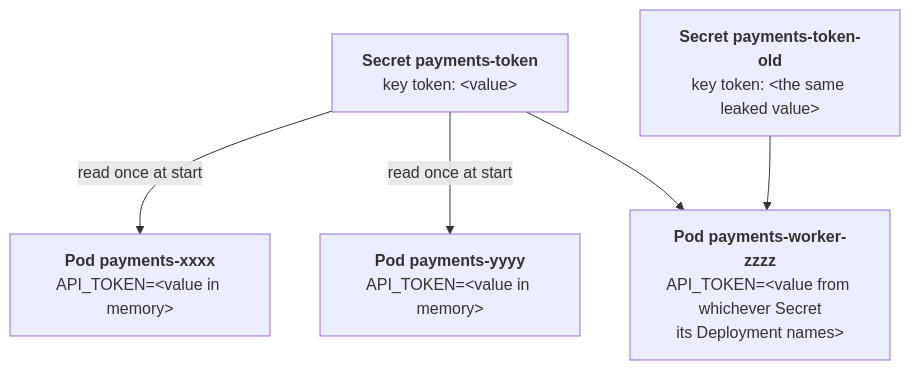
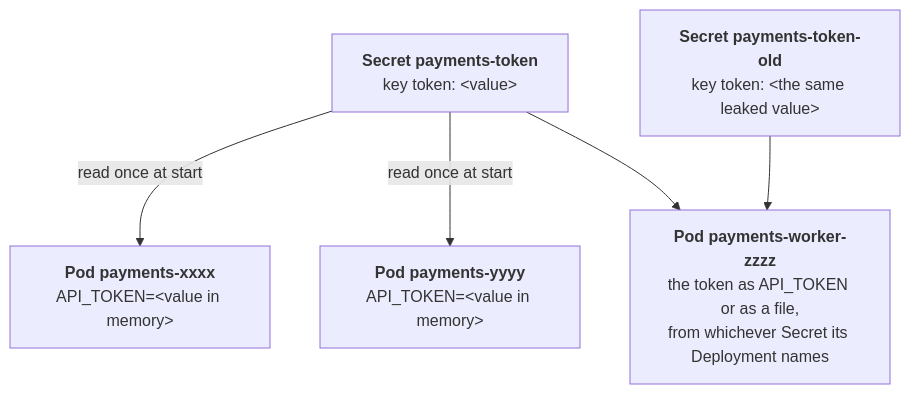
Before and after one commit to cauebraz/kubedrill: the diagram in scenarios/L0/014-rotate-plaintext-secret/story.md, drawn with Mermaid. The commit also changed other lines of this file and 155 other files, not shown here.

````diff
--- a/scenarios/L0/014-rotate-plaintext-secret/story.md
+++ b/scenarios/L0/014-rotate-plaintext-secret/story.md
@@ -40,12 +42,12 @@
 ```mermaid
 flowchart TD
   S["<b>Secret payments-token</b><br/>key token: &lt;value&gt;"]
   A["<b>Pod payments-xxxx</b><br/>API_TOKEN=&lt;value in memory&gt;"]
   B["<b>Pod payments-yyyy</b><br/>API_TOKEN=&lt;value in memory&gt;"]
-  W["<b>Pod payments-worker-zzzz</b><br/>API_TOKEN=&lt;value from whichever Secret<br/>its Deployment names&gt;"]
+  W["<b>Pod payments-worker-zzzz</b><br/>the token as API_TOKEN or as a file,<br/>from whichever Secret its Deployment names"]
   O["<b>Secret payments-token-old</b><br/>key token: &lt;the same leaked value&gt;"]
   S -->|read once at start| A
   S -->|read once at start| B
   S --> W
   O --> W
 ```
````
